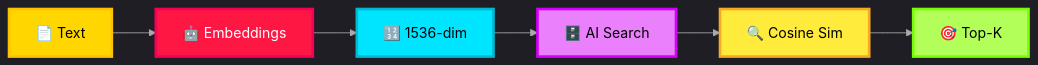
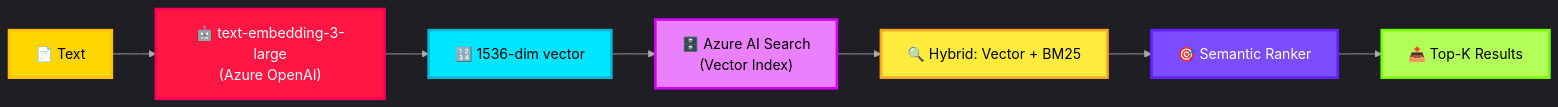
Before and after one commit to thanhauco/agentic-ai-icm-system: the diagram in docs/06-vector-store.md, drawn with Mermaid. The commit also changed other lines of this file and 1 other file, not shown here.

````diff
--- a/docs/06-vector-store.md
+++ b/docs/06-vector-store.md
@@ -13,16 +9,18 @@
 ```mermaid
 %%{init: {'theme': 'dark', 'themeVariables': {'lineColor': '#AAAAAA'}}}%%
 graph LR
-    A["📄 Text"] --> B["🤖 Embeddings"]
-    B --> C["🔢 1536-dim"]
-    C --> D["🗄️ AI Search"]
-    D --> E["🔍 Cosine Sim"]
-    E --> F["🎯 Top-K"]
+    A["📄 Text"] --> B["🤖 text-embedding-3-large<br>(Azure OpenAI)"]
+    B --> C["🔢 1536-dim vector"]
+    C --> D["🗄️ Azure AI Search<br>(Vector Index)"]
+    D --> E["🔍 Hybrid: Vector + BM25"]
+    E --> F["🎯 Semantic Ranker"]
+    F --> G["📤 Top-K Results"]
 
     style A fill:#FFD600,stroke:#FFC107,stroke-width:3px,color:#000
     style B fill:#FF1744,stroke:#F50057,stroke-width:3px,color:#fff
     style C fill:#00E5FF,stroke:#00B8D4,stroke-width:3px,color:#000
     style D fill:#EA80FC,stroke:#D500F9,stroke-width:3px,color:#000
     style E fill:#FFEB3B,stroke:#F9A825,stroke-width:3px,color:#000
-    style F fill:#B2FF59,stroke:#76FF03,stroke-width:3px,color:#000
+    style F fill:#7C4DFF,stroke:#651FFF,stroke-width:3px,color:#fff
+    style G fill:#B2FF59,stroke:#76FF03,stroke-width:3px,color:#000
 ```
````
